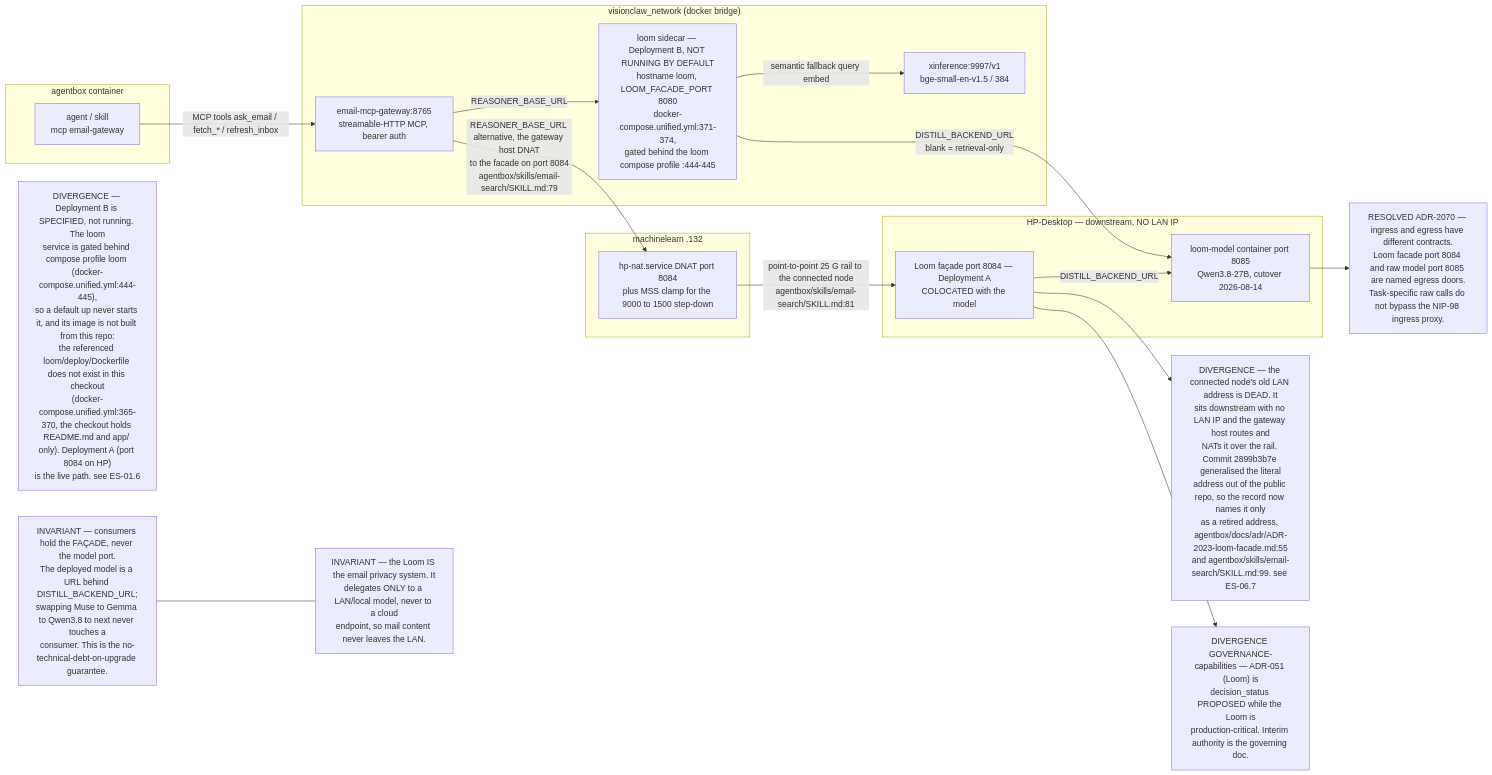
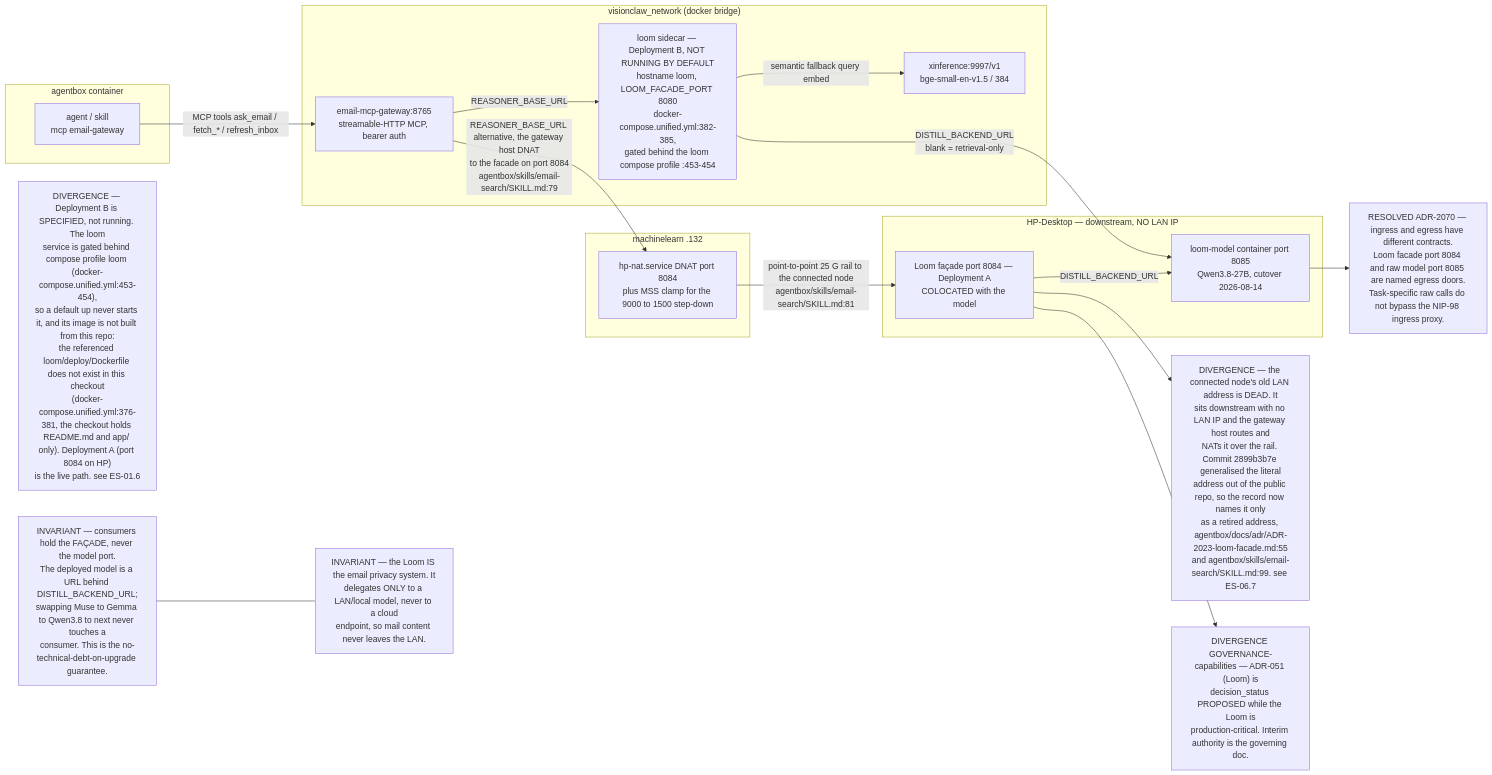
Before and after one commit to DreamLab-AI/VisionFlow: the first of 11 diagrams in docs/diagrams/estate/06-loom-and-email-privacy-path.md, drawn with Mermaid. The commit also changed other lines of this file and 142 other files, not shown here.

First line of the commit message:
docs(diagrams): one System One route; re-verify 140 topics at today's heads

````diff
--- a/docs/diagrams/estate/06-loom-and-email-privacy-path.md
+++ b/docs/diagrams/estate/06-loom-and-email-privacy-path.md
@@ -35,38 +35,38 @@
 ```mermaid
 flowchart LR
     subgraph box["agentbox container"]
         AG["agent / skill<br/>mcp email-gateway"]
     end
     subgraph vcnet["visionclaw_network (docker bridge)"]
         GW["email-mcp-gateway:8765<br/>streamable-HTTP MCP, bearer auth"]
-        LOOMB["loom sidecar — Deployment B, NOT RUNNING BY DEFAULT<br/>hostname loom, LOOM_FACADE_PORT 8080<br/>docker-compose.unified.yml:371-374,<br/>gated behind the loom compose profile :444-445"]
+        LOOMB["loom sidecar — Deployment B, NOT RUNNING BY DEFAULT<br/>hostname loom, LOOM_FACADE_PORT 8080<br/>docker-compose.unified.yml:382-385,<br/>gated behind the loom compose profile :453-454"]
         XI["xinference:9997/v1<br/>bge-small-en-v1.5 / 384"]
     end
     subgraph ml["machinelearn .132"]
         DNAT["hp-nat.service DNAT port 8084<br/>plus MSS clamp for the 9000 to 1500 step-down"]
     end
     subgraph hp["HP-Desktop — downstream, NO LAN IP"]
         LOOMA["Loom façade port 8084 — Deployment A<br/>COLOCATED with the model"]
         MODEL["loom-model container port 8085<br/>Qwen3.8-27B, cutover 2026-08-14"]
     end
 
     AG -- "MCP tools ask_email / fetch_* / refresh_inbox" --> GW
     GW -- "REASONER_BASE_URL" --> LOOMB
     GW -- "REASONER_BASE_URL alternative, the gateway host DNAT<br/>to the facade on port 8084<br/>agentbox/skills/email-search/SKILL.md:79" --> DNAT
     DNAT -- "point-to-point 25 G rail to the connected node<br/>agentbox/skills/email-search/SKILL.md:81" --> LOOMA
     LOOMA -- "DISTILL_BACKEND_URL" --> MODEL
     LOOMB -- "DISTILL_BACKEND_URL<br/>blank = retrieval-only" --> MODEL
     LOOMB -- "semantic fallback query embed" --> XI
 
     INV1["INVARIANT — consumers hold the FAÇADE, never the model port.<br/>The deployed model is a URL behind DISTILL_BACKEND_URL;<br/>swapping Muse to Gemma to Qwen3.8 to next never touches a<br/>consumer. This is the no-technical-debt-on-upgrade guarantee."]
     INV2["INVARIANT — the Loom IS the email privacy system. It<br/>delegates ONLY to a LAN/local model, never to a cloud<br/>endpoint, so mail content never leaves the LAN."]
-    DIV0["DIVERGENCE — Deployment B is SPECIFIED, not running. The loom<br/>service is gated behind compose profile loom (docker-compose.unified.yml:444-445),<br/>so a default up never starts it, and its image is not built from this repo:<br/>the referenced loom/deploy/Dockerfile does not exist in this checkout<br/>(docker-compose.unified.yml:365-370, the checkout holds README.md and app/ only). Deployment A (port 8084 on HP)<br/>is the live path. see ES-01.6"]
+    DIV0["DIVERGENCE — Deployment B is SPECIFIED, not running. The loom<br/>service is gated behind compose profile loom (docker-compose.unified.yml:453-454),<br/>so a default up never starts it, and its image is not built from this repo:<br/>the referenced loom/deploy/Dockerfile does not exist in this checkout<br/>(docker-compose.unified.yml:376-381, the checkout holds README.md and app/ only). Deployment A (port 8084 on HP)<br/>is the live path. see ES-01.6"]
     DIV1["DIVERGENCE — the connected node's old LAN address is DEAD. It<br/>sits downstream with no LAN IP and the gateway host routes and<br/>NATs it over the rail. Commit 2899b3b7e generalised the literal<br/>address out of the public repo, so the record now names it only<br/>as a retired address, agentbox/docs/adr/ADR-2023-loom-facade.md:55<br/>and agentbox/skills/email-search/SKILL.md:99. see ES-06.7"]
     DIV2["DIVERGENCE GOVERNANCE-capabilities — ADR-051 (Loom) is<br/>decision_status PROPOSED while the Loom is<br/>production-critical. Interim authority is the governing doc."]
     DIV3["RESOLVED ADR-2070 — ingress and egress have different contracts.<br/>Loom facade port 8084 and raw model port 8085 are named egress doors.<br/>Task-specific raw calls do not bypass the NIP-98 ingress proxy."]
 
     INV1 --- INV2
     LOOMA --> DIV1
     LOOMA --> DIV2
     MODEL --> DIV3
 ```
````
